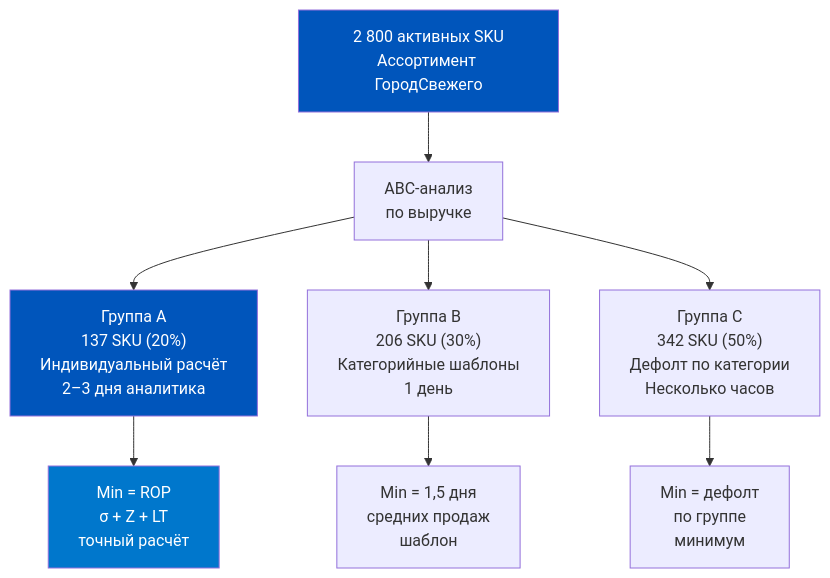
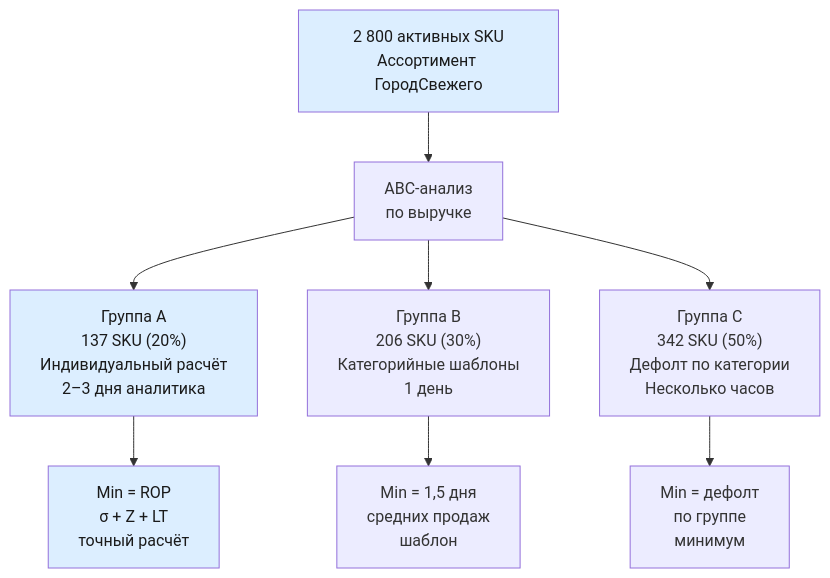
One commit to murad1986/1c-erp-quartz changed the second of 5 diagrams in content/1c-erp/week_3/Неделя 3 - День 6 - Практикум умная дозакупка.md. Above: the diagram before and after it, drawn with Mermaid. The commit also changed other lines of this file and 57 other files, not shown here.

First line of the commit message:
fix: Mermaid — пастельные цвета в источниках диаграмм (56 файлов)

````diff
--- a/content/1c-erp/week_3/Неделя 3 - День 6 - Практикум умная дозакупка.md
+++ b/content/1c-erp/week_3/Неделя 3 - День 6 - Практикум умная дозакупка.md
@@ -184,14 +184,14 @@
 ```mermaid
 flowchart TD
     A["2 800 активных SKU<br/>Ассортимент ГородСвежего"] --> B["ABC-анализ<br/>по выручке"]
     B --> C["Группа A<br/>137 SKU (20%)<br/>Индивидуальный расчёт<br/>2–3 дня аналитика"]
     B --> D["Группа B<br/>206 SKU (30%)<br/>Категорийные шаблоны<br/>1 день"]
     B --> E["Группа C<br/>342 SKU (50%)<br/>Дефолт по категории<br/>Несколько часов"]
     C --> F["Min = ROP<br/>σ + Z + LT<br/>точный расчёт"]
     D --> G["Min = 1,5 дня<br/>средних продаж<br/>шаблон"]
     E --> H["Min = дефолт<br/>по группе<br/>минимум"]
 
-    style A fill:#0055BB,color:#fff
-    style C fill:#0055BB,color:#fff
-    style F fill:#0077CC,color:#fff
+    style A fill:#dceeff,color:#1a1a1a
+    style C fill:#dceeff,color:#1a1a1a
+    style F fill:#dceeff,color:#1a1a1a
 ```
````
